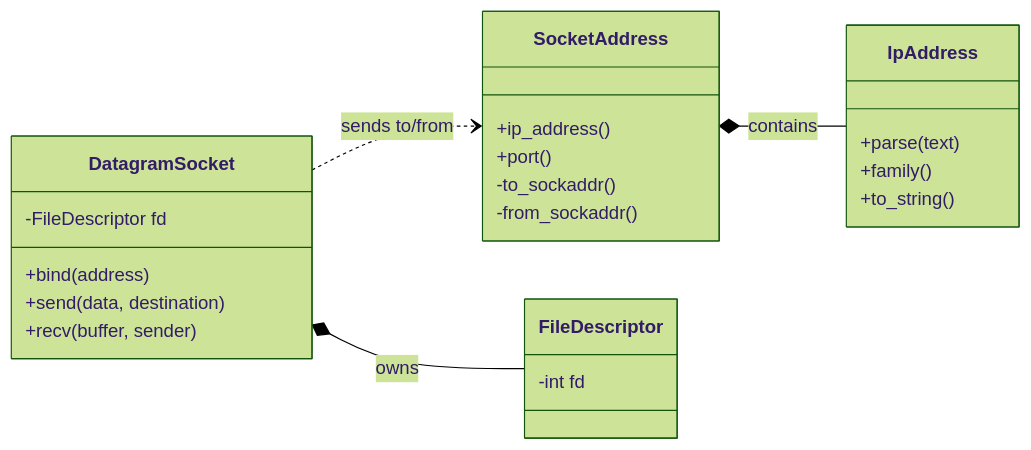
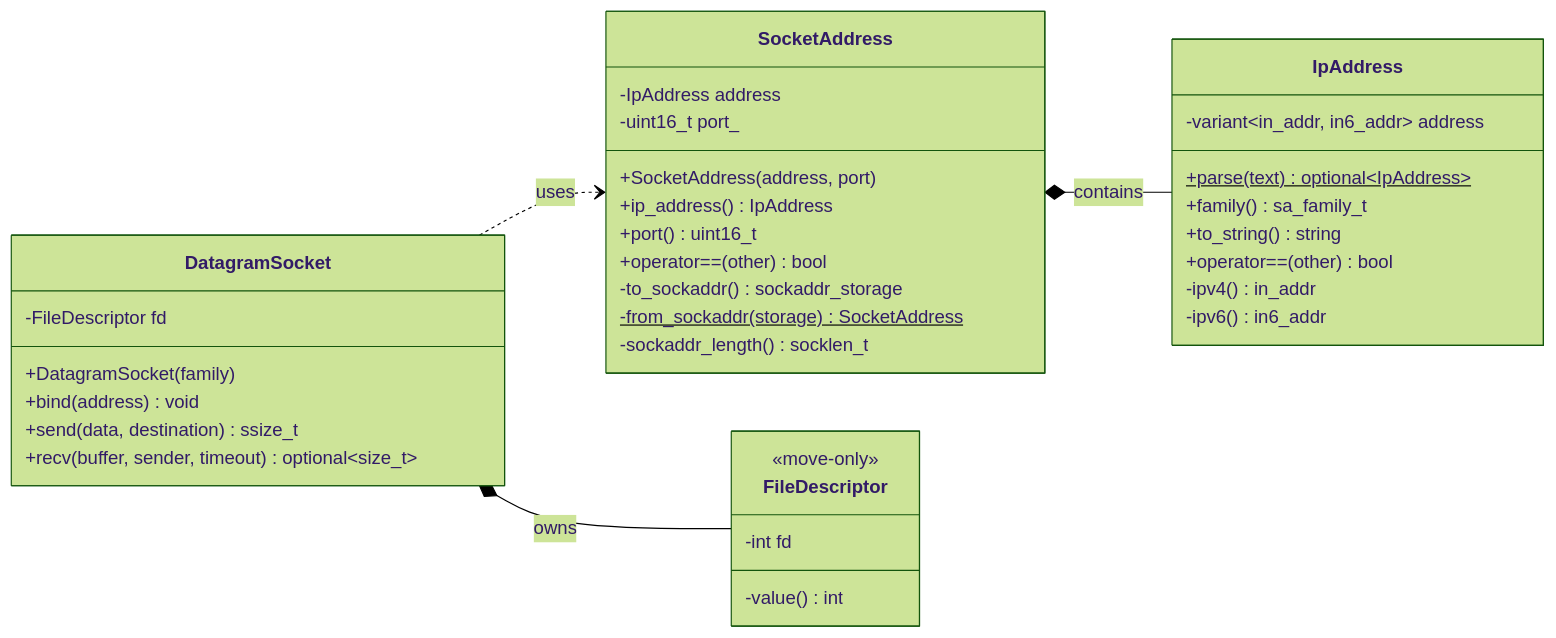
The first of 2 diagrams in include/socket/README.md (alecmucz/DnsResolver), drawn with Mermaid (forest theme) before and after one commit. The commit also changed other lines of this file and 3 other files, not shown here.

````diff
--- a/include/socket/README.md
+++ b/include/socket/README.md
@@ -9,40 +14,44 @@
 ```mermaid
 classDiagram
     direction LR
 
     class DatagramSocket {
-        +bind(address)
-        +send(data, destination)
-        +recv(buffer, sender)
         -FileDescriptor fd
+        +DatagramSocket(family)
+        +bind(address) void
+        +send(data, destination) ssize_t
+        +recv(buffer, sender, timeout) optional~size_t~
     }
 
     class SocketAddress {
-        +ip_address()
-        +port()
-        -to_sockaddr()
-        -from_sockaddr()
+        -IpAddress address
+        -uint16_t port_
+        +SocketAddress(address, port)
+        +ip_address() IpAddress
+        +port() uint16_t
+        +operator==(other) bool
+        -to_sockaddr() sockaddr_storage
+        -from_sockaddr(storage)$ SocketAddress
+        -sockaddr_length() socklen_t
     }
 
     class IpAddress {
-        +parse(text)
-        +family()
-        +to_string()
+        -variant~in_addr, in6_addr~ address
+        +parse(text)$ optional~IpAddress~
+        +family() sa_family_t
+        +to_string() string
+        +operator==(other) bool
+        -ipv4() in_addr
+        -ipv6() in6_addr
     }
 
     class FileDescriptor {
-        -int fd
-    }
+<<move-only>>
+-int fd
+-value() int
+}
 
-    DatagramSocket *-- FileDescriptor : owns
-    DatagramSocket ..> SocketAddress : sends to/from
-    SocketAddress *-- IpAddress : contains
-
-    classDef transport fill:#ddf4ff,stroke:#0969da,color:#24292f,stroke-width:2px
-    classDef value fill:#dafbe1,stroke:#1a7f37,color:#24292f,stroke-width:1.5px
-    classDef resource fill:#fff8c5,stroke:#9a6700,color:#24292f,stroke-width:1.5px
-
-    cssClass "DatagramSocket" transport
-    cssClass "SocketAddress,IpAddress" value
-    cssClass "FileDescriptor" resource
+DatagramSocket *-- FileDescriptor : owns
+DatagramSocket ..> SocketAddress : uses
+SocketAddress *-- IpAddress : contains
 ```
````
